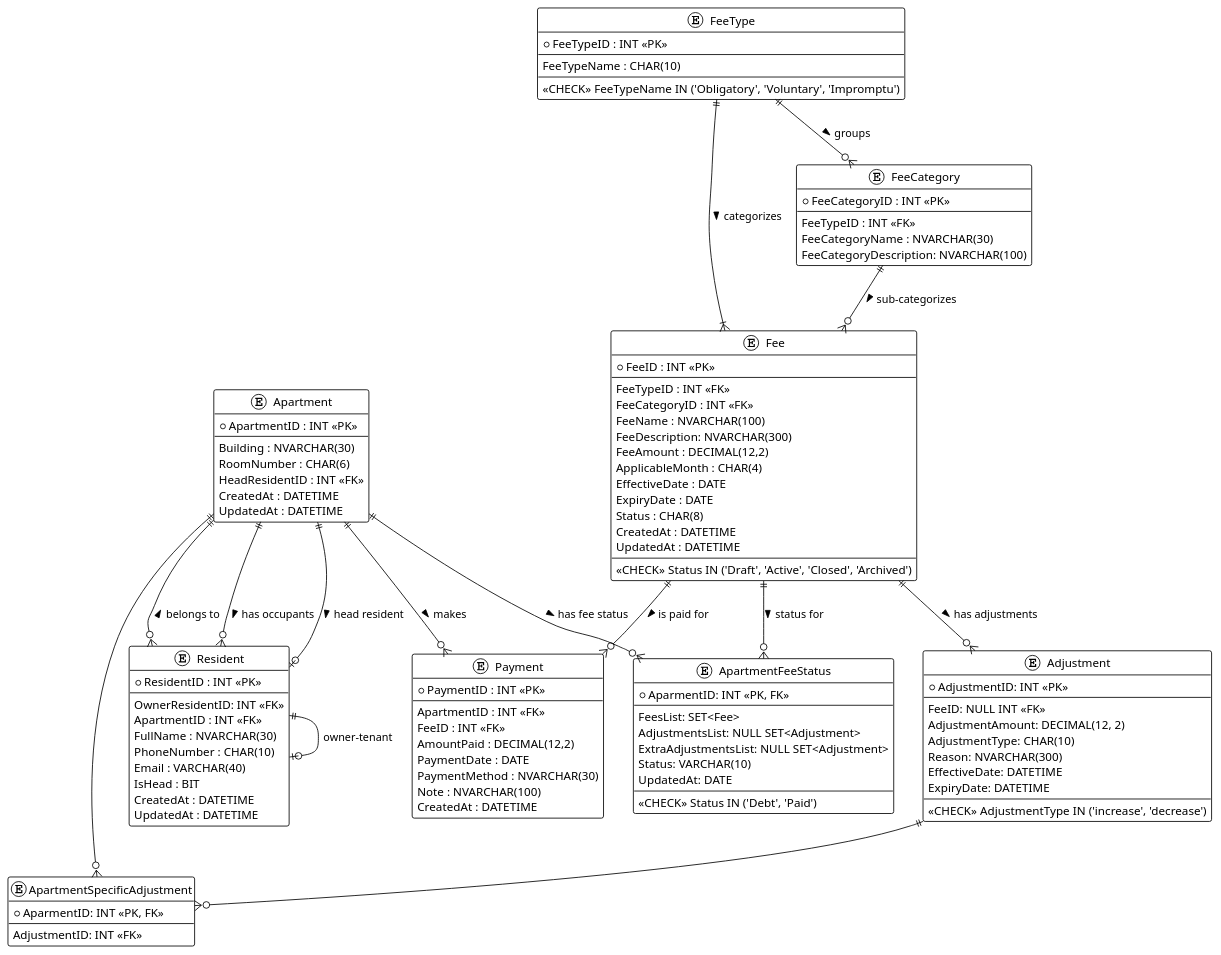
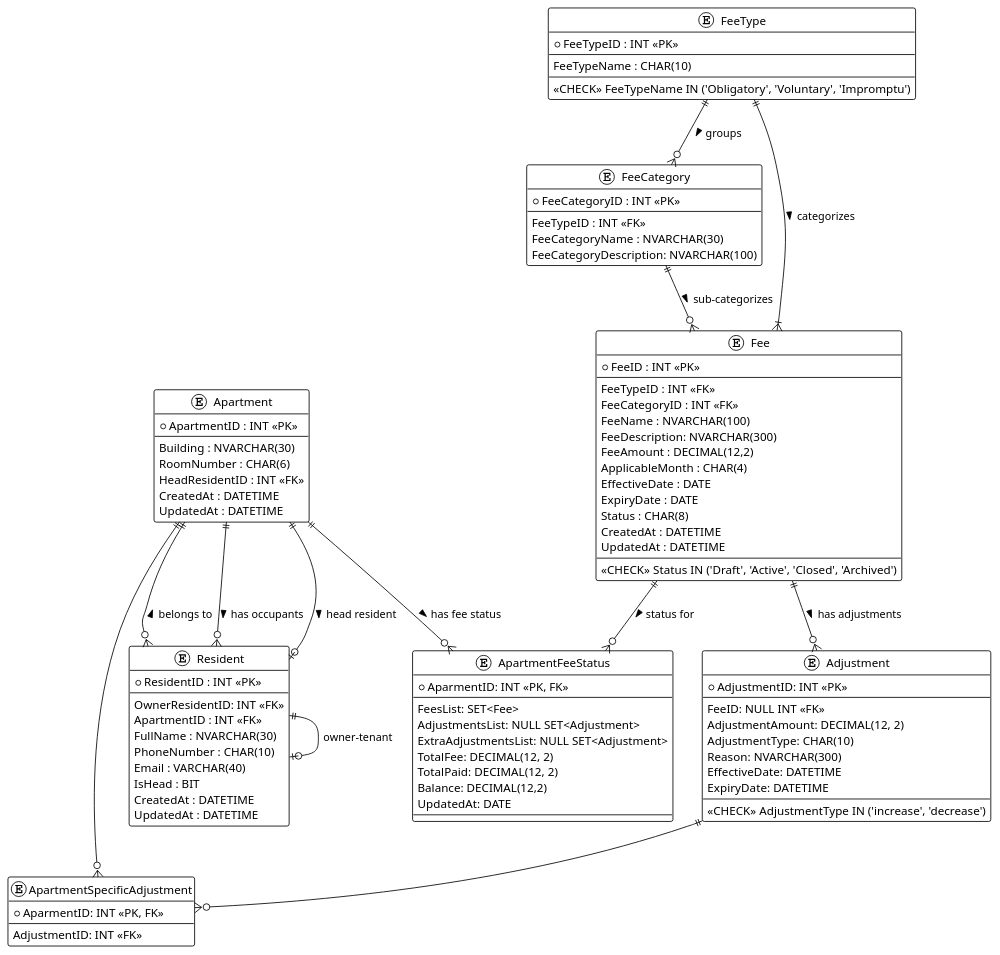
One commit to khoatran18/BluemoonManagement changed the diagram in docs/sprint1/er_diagram.puml. Above: the diagram before and after it, drawn with PlantUML. The commit also changed 2 other files, not shown here.

Commit message:
docs: remove table Payment and modify ApartmentFeeStatus

```diff
--- a/docs/sprint1/er_diagram.puml
+++ b/docs/sprint1/er_diagram.puml
@@ -1,124 +1,111 @@
-@startuml name "db"
+ @startuml name "db"
 !theme plain
 
 entity "Apartment" as Apartment {
   + ApartmentID : INT <<PK>>
   --
   Building : NVARCHAR(30)
   RoomNumber : CHAR(6)
   HeadResidentID : INT <<FK>>
   CreatedAt : DATETIME
   UpdatedAt : DATETIME
 }
 
 entity "Resident" as Resident {
   + ResidentID : INT <<PK>>
   --
   OwnerResidentID: INT <<FK>>
   ApartmentID : INT <<FK>>
   FullName : NVARCHAR(30)
   PhoneNumber : CHAR(10)
   Email : VARCHAR(40)
   IsHead : BIT
   CreatedAt : DATETIME
   UpdatedAt : DATETIME
 }
 
 entity "FeeType" as FeeType {
   + FeeTypeID : INT <<PK>>
   --
   FeeTypeName : CHAR(10)
   --
   <<CHECK>> FeeTypeName IN ('Obligatory', 'Voluntary', 'Impromptu')
 }
 
 entity "FeeCategory" as FeeCategory {
   + FeeCategoryID : INT <<PK>>
   --
   FeeTypeID : INT <<FK>>
   FeeCategoryName : NVARCHAR(30)
   FeeCategoryDescription: NVARCHAR(100)
 }
 
 entity "Fee" as Fee {
   + FeeID : INT <<PK>>
   --
   FeeTypeID : INT <<FK>>
   FeeCategoryID : INT <<FK>>
   FeeName : NVARCHAR(100)
   FeeDescription: NVARCHAR(300)
   FeeAmount : DECIMAL(12,2)
   ApplicableMonth : CHAR(4)
   EffectiveDate : DATE
   ExpiryDate : DATE
   Status : CHAR(8)
   CreatedAt : DATETIME
   UpdatedAt : DATETIME
   --
    <<CHECK>> Status IN ('Draft', 'Active', 'Closed', 'Archived')
 }
 
 
-entity "Payment" as Payment {
-  + PaymentID : INT <<PK>>
-  --
-  ApartmentID : INT <<FK>>
-  FeeID : INT <<FK>>
-  AmountPaid : DECIMAL(12,2)
-  PaymentDate : DATE
-  PaymentMethod : NVARCHAR(30)
-  Note : NVARCHAR(100)
-  CreatedAt : DATETIME
-}
-
 entity "ApartmentFeeStatus" as ApartmentFeeStatus{
   + AparmentID: INT <<PK, FK>>
   --
   FeesList: SET<Fee>
   AdjustmentsList: NULL SET<Adjustment>
   ExtraAdjustmentsList: NULL SET<Adjustment>
-  Status: VARCHAR(10)
+  TotalFee: DECIMAL(12, 2)
+  TotalPaid: DECIMAL(12, 2)
+  Balance: DECIMAL(12,2)
   UpdatedAt: DATE
   --
-  <<CHECK>> Status IN ('Debt', 'Paid')
 }
 
 entity "Adjustment" as Adjustment{
   + AdjustmentID: INT <<PK>>
   --
   FeeID: NULL INT <<FK>>
   AdjustmentAmount: DECIMAL(12, 2)
   AdjustmentType: CHAR(10)
   Reason: NVARCHAR(300)
   EffectiveDate: DATETIME
   ExpiryDate: DATETIME 
   --
   <<CHECK>> AdjustmentType IN ('increase', 'decrease')
 }
 
 entity "ApartmentSpecificAdjustment" as ApartmentSpecificAdjustment{
   + AparmentID: INT <<PK, FK>>
   --
   AdjustmentID: INT <<FK>>
 }
 
 '--------------------------
 ' Relationships
 '--------------------------
 
 Apartment ||--o{ Resident : "has occupants >"
 Resident }o--|| Apartment : "belongs to >"
 Resident ||--o| Resident: "owner-tenant"
-Apartment ||--o{ Payment : "makes >"
-Fee ||--o{ Payment : "is paid for >"
 FeeType ||--|{ Fee : "categorizes >"
 FeeType ||--o{ FeeCategory : "groups >"
 FeeCategory ||--o{ Fee : "sub-categorizes >"
 Apartment ||--o| Resident : "head resident >"
 Apartment ||--o{ ApartmentFeeStatus : "has fee status >"
 Fee ||--o{ ApartmentFeeStatus : "status for >"
 Fee ||--o{ Adjustment : "has adjustments >"
 Apartment ||--o{ ApartmentSpecificAdjustment
 Adjustment ||--o{ ApartmentSpecificAdjustment
 
 @enduml
```
